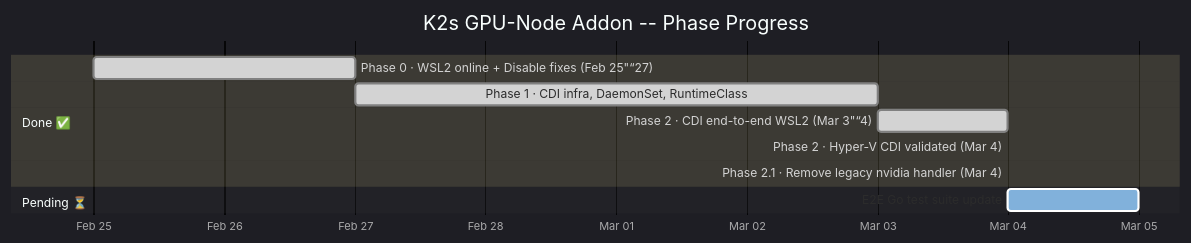
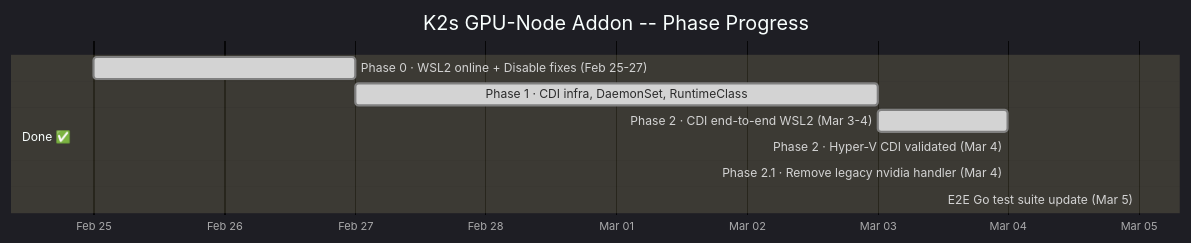
One commit to Siemens-Healthineers/K2s changed the sixth of 14 diagrams in docs/dev-guide/contributing/gpu-node-roadmap.md. Above: the diagram before and after it, drawn with Mermaid. The commit also changed other lines of this file and 1 other file, not shown here.

Commit message:
docs(gpu-node): update roadmap to reflect completion of all phases and E2E test suite update; fix formatting in timeline

````diff
--- a/docs/dev-guide/contributing/gpu-node-roadmap.md
+++ b/docs/dev-guide/contributing/gpu-node-roadmap.md
@@ -257,17 +257,15 @@
 ```mermaid
 %%{init: {'theme': 'dark'}}%%
 gantt
     title K2s GPU-Node Addon -- Phase Progress
     dateFormat YYYY-MM-DD
     axisFormat %b %d
 
     section Done ✅
-    Phase 0 · WSL2 online + Disable fixes (Feb 25"“27)    :done, p0, 2026-02-25, 2026-02-27
+    Phase 0 · WSL2 online + Disable fixes (Feb 25-27)     :done, p0, 2026-02-25, 2026-02-27
     Phase 1 · CDI infra, DaemonSet, RuntimeClass          :done, p1, 2026-02-27, 2026-03-03
-    Phase 2 · CDI end-to-end WSL2 (Mar 3"“4)              :done, p2, 2026-03-03, 2026-03-04
+    Phase 2 · CDI end-to-end WSL2 (Mar 3-4)               :done, p2, 2026-03-03, 2026-03-04
     Phase 2 · Hyper-V CDI validated (Mar 4)               :done, p2hv, 2026-03-04, 2026-03-04
     Phase 2.1 · Remove legacy nvidia handler (Mar 4)      :done, p21, 2026-03-04, 2026-03-04
-
-    section Pending ⏳
-    E2E Go test suite update                              :active, e2e, 2026-03-04, 2026-03-05
+    E2E Go test suite update (Mar 5)                      :done, e2e, 2026-03-05, 2026-03-05
 ```
````
